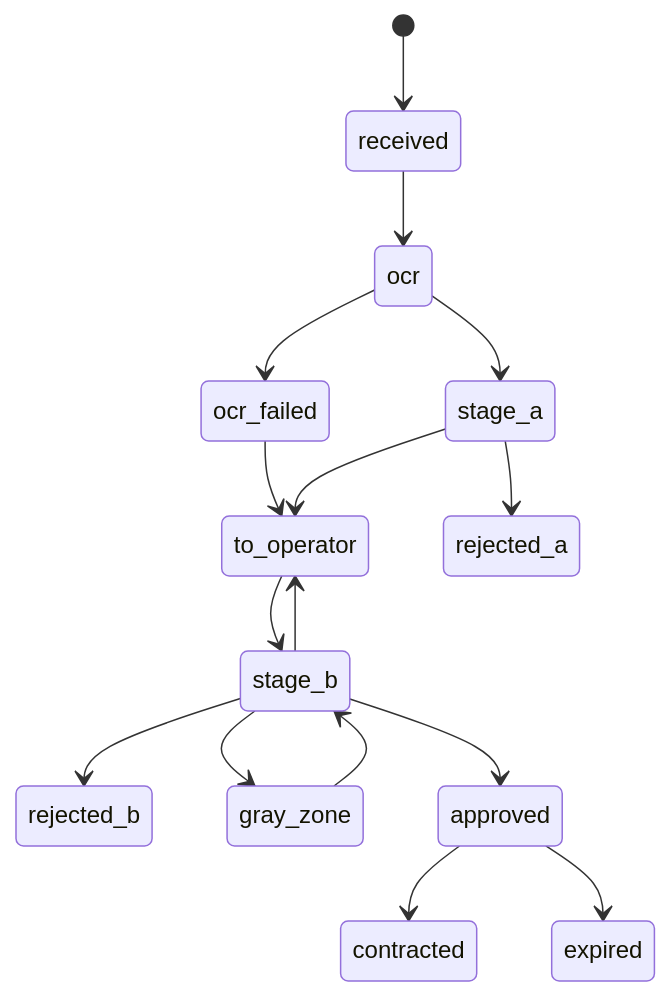
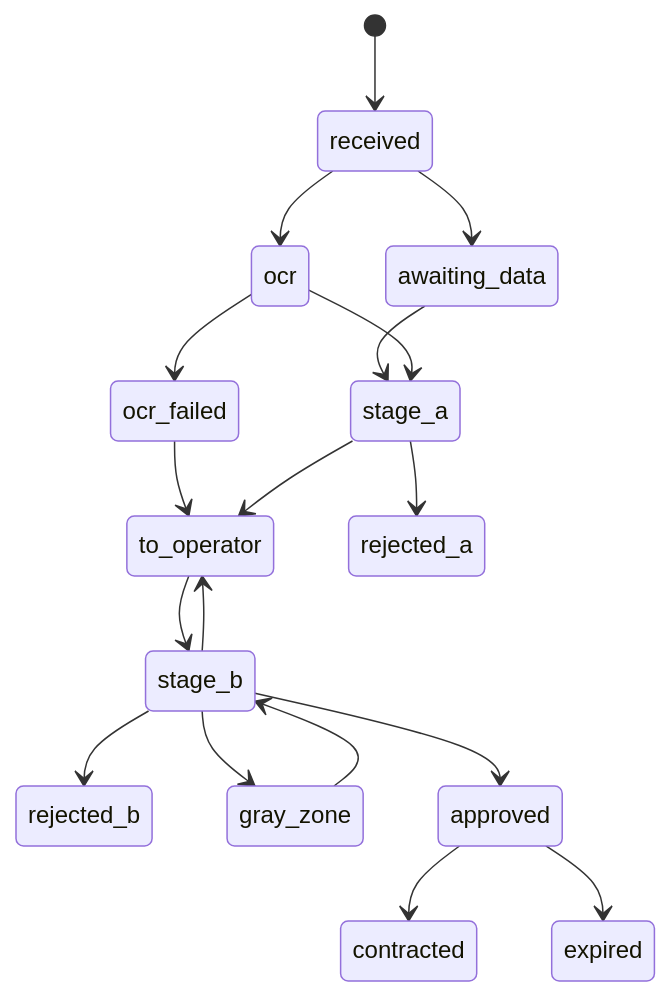
The second of 2 diagrams in docs/spec.md (arslv/credit_score_sys), drawn with Mermaid before and after one commit. The commit also changed other lines of this file and 23 other files, not shown here.

````diff
--- a/docs/spec.md
+++ b/docs/spec.md
@@ -257,18 +257,20 @@
 ```mermaid
 stateDiagram-v2
   [*] --> received
   received --> ocr
+  received --> awaiting_data
+  awaiting_data --> stage_a
   ocr --> ocr_failed
   ocr --> stage_a
   ocr_failed --> to_operator
   stage_a --> rejected_a
   stage_a --> to_operator
   to_operator --> stage_b
   stage_b --> rejected_b
   stage_b --> gray_zone
   stage_b --> approved
   stage_b --> to_operator
   gray_zone --> stage_b
   approved --> contracted
   approved --> expired
 ```
````
